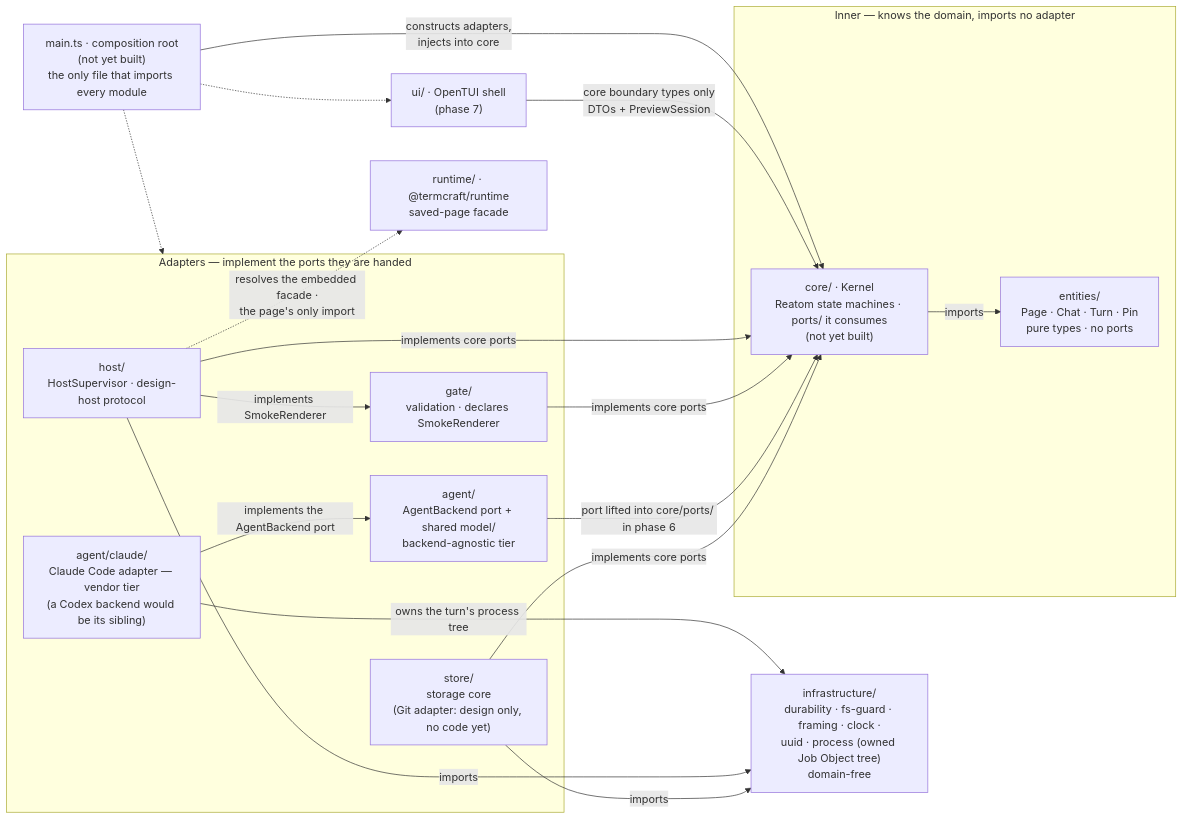
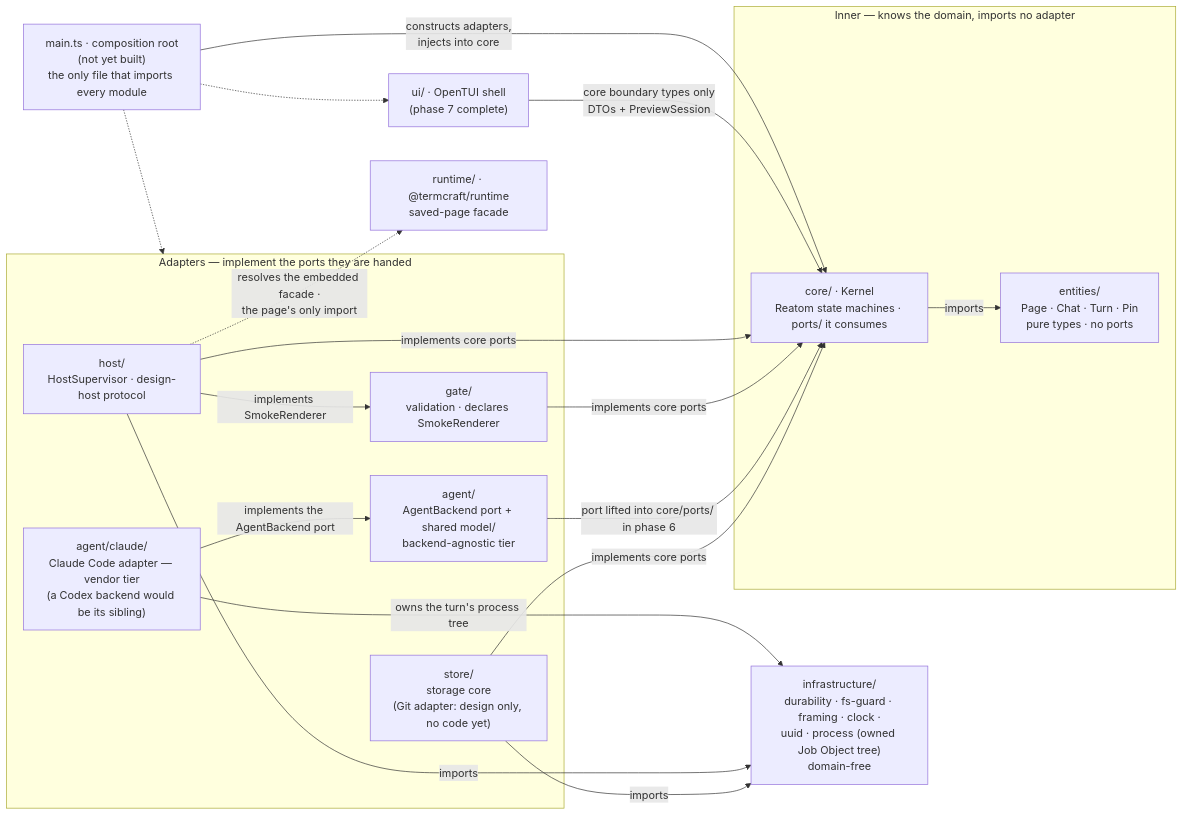
The diagram in docs/architecture/code-structure.md (khmilevoi/termcraft), drawn with Mermaid before and after one commit. The commit also changed other lines of this file and 2 other files, not shown here.

Commit message:
test(ui): complete phase 7 integration walk

````diff
--- a/docs/architecture/code-structure.md
+++ b/docs/architecture/code-structure.md
@@ -18,37 +15,37 @@
 ```mermaid
 flowchart LR
     main["main.ts · composition root<br/>(not yet built)<br/>the only file that imports every module"]
 
     subgraph adapters["Adapters — implement the ports they are handed"]
         store["store/<br/>storage core<br/>(Git adapter: design only, no code yet)"]
         agent["agent/<br/>AgentBackend port + shared model/<br/>backend-agnostic tier"]
         claude["agent/claude/<br/>Claude Code adapter — vendor tier<br/>(a Codex backend would be its sibling)"]
         gate["gate/<br/>validation · declares SmokeRenderer"]
         host["host/<br/>HostSupervisor · design-host protocol"]
     end
 
     subgraph inner["Inner — knows the domain, imports no adapter"]
-        core["core/ · Kernel<br/>Reatom state machines · ports/ it consumes<br/>(not yet built)"]
+        core["core/ · Kernel<br/>Reatom state machines · ports/ it consumes"]
         entities["entities/<br/>Page · Chat · Turn · Pin<br/>pure types · no ports"]
     end
 
-    ui["ui/ · OpenTUI shell<br/>(phase 7)"]
+    ui["ui/ · OpenTUI shell<br/>(phase 7 complete)"]
     runtime["runtime/ · @termcraft/runtime<br/>saved-page facade"]
     infra["infrastructure/<br/>durability · fs-guard · framing · clock ·<br/>uuid · process (owned Job Object tree)<br/>domain-free"]
 
     core -- imports --> entities
     store -- "implements core ports" --> core
     agent -- "port lifted into core/ports/ in phase 6" --> core
     gate -- "implements core ports" --> core
     host -- "implements core ports" --> core
     host -- "implements SmokeRenderer" --> gate
     claude -- "implements the AgentBackend port" --> agent
     ui -- "core boundary types only<br/>DTOs + PreviewSession" --> core
     store -- imports --> infra
     host -- imports --> infra
     claude -- "owns the turn's process tree" --> infra
     host -. "resolves the embedded facade ·<br/>the page's only import" .-> runtime
     main -- "constructs adapters,<br/>injects into core" --> core
     main -.-> adapters
     main -.-> ui
 ```
````
